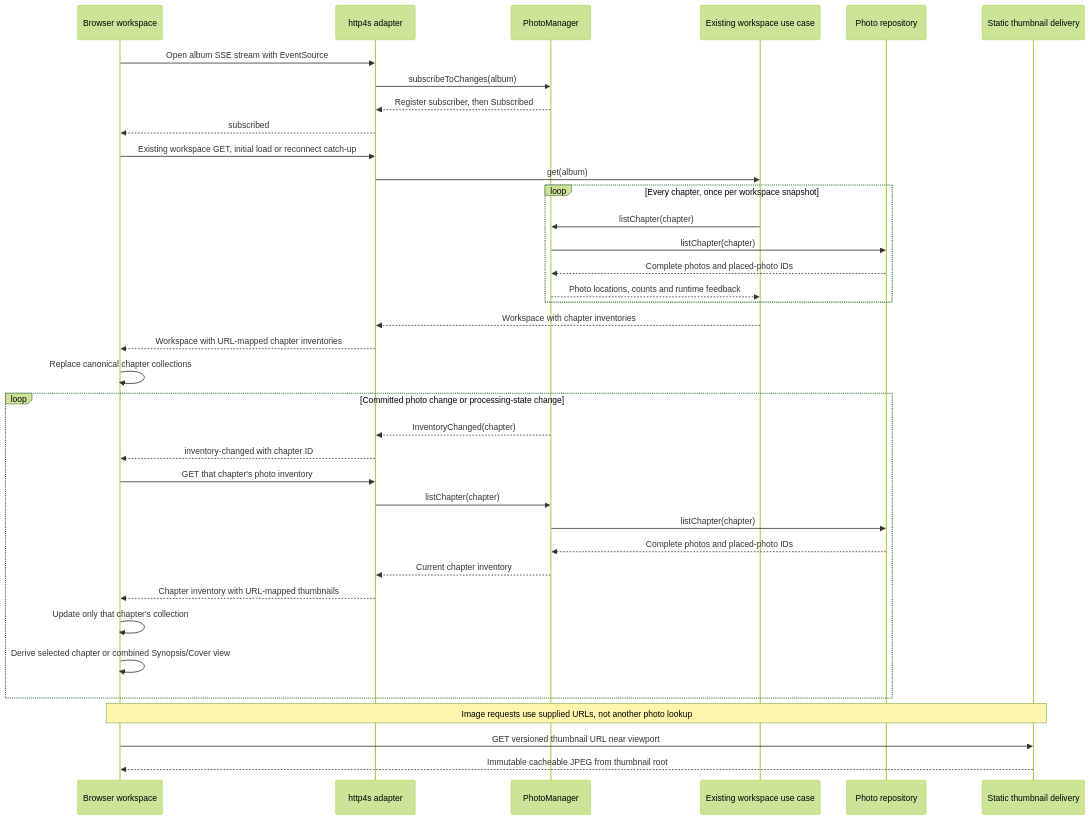
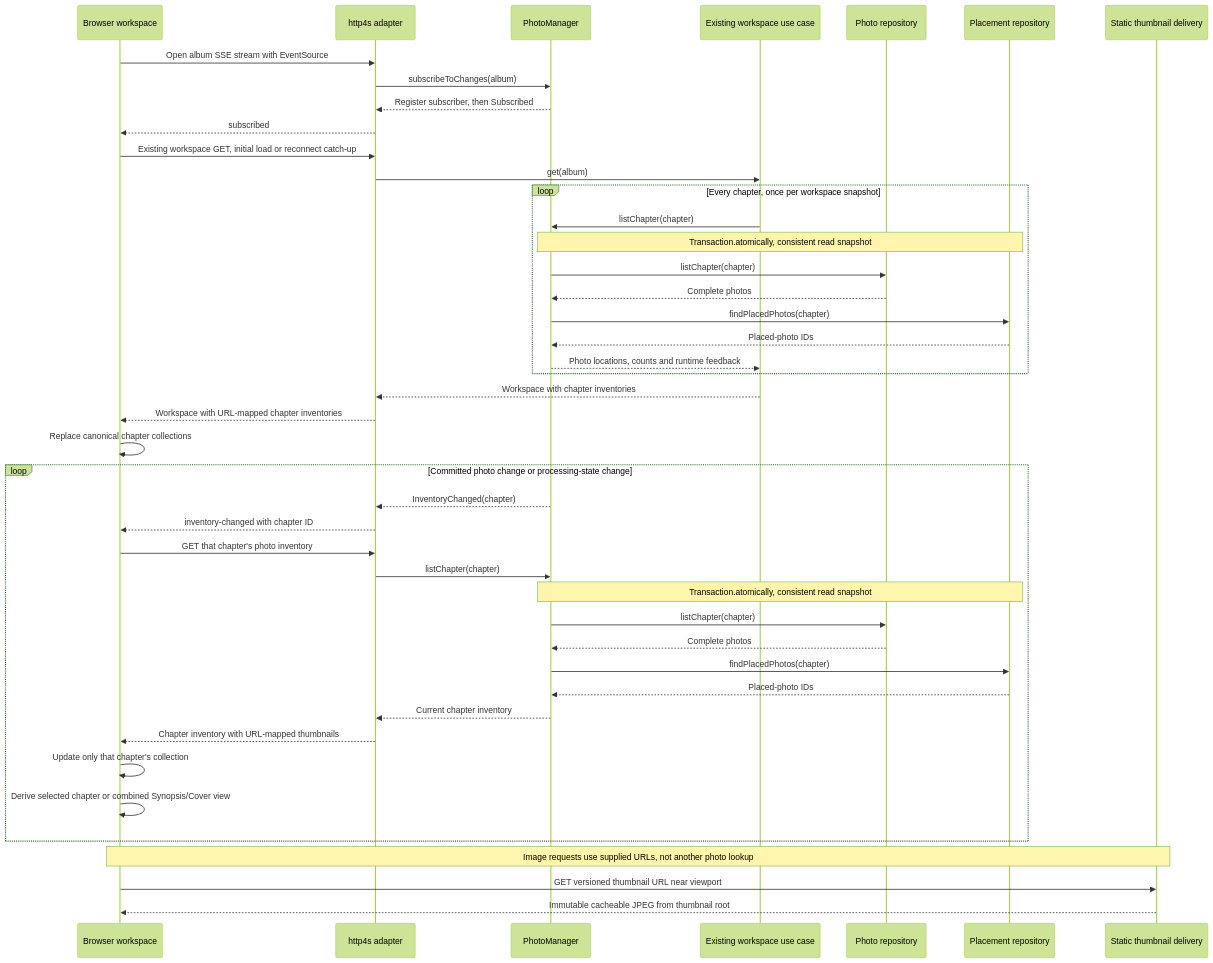
The second of 2 diagrams in specs/changes/chapter-photo-import/proposal.md (Shepherd-s-Den/photography), drawn with Mermaid (forest theme) before and after one commit. The commit also changed other lines of this file, not shown here.

First line of the commit message:
Correct photo ports and per-photo cleanup ownership

````diff
--- a/specs/changes/chapter-photo-import/proposal.md
+++ b/specs/changes/chapter-photo-import/proposal.md
@@ -147,39 +185,46 @@
 ```mermaid
 sequenceDiagram
   participant B as Browser workspace
   participant H as http4s adapter
   participant M as PhotoManager
   participant W as Existing workspace use case
   participant R as Photo repository
+  participant P as Placement repository
   participant T as Static thumbnail delivery
   B->>H: Open album SSE stream with EventSource
   H->>M: subscribeToChanges(album)
   M-->>H: Register subscriber, then Subscribed
   H-->>B: subscribed
   B->>H: Existing workspace GET, initial load or reconnect catch-up
   H->>W: get(album)
   loop Every chapter, once per workspace snapshot
     W->>M: listChapter(chapter)
+    Note over M,P: Transaction.atomically, consistent read snapshot
     M->>R: listChapter(chapter)
-    R-->>M: Complete photos and placed-photo IDs
+    R-->>M: Complete photos
+    M->>P: findPlacedPhotos(chapter)
+    P-->>M: Placed-photo IDs
     M-->>W: Photo locations, counts and runtime feedback
   end
   W-->>H: Workspace with chapter inventories
   H-->>B: Workspace with URL-mapped chapter inventories
   B->>B: Replace canonical chapter collections
   loop Committed photo change or processing-state change
     M-->>H: InventoryChanged(chapter)
     H-->>B: inventory-changed with chapter ID
     B->>H: GET that chapter's photo inventory
     H->>M: listChapter(chapter)
+    Note over M,P: Transaction.atomically, consistent read snapshot
     M->>R: listChapter(chapter)
-    R-->>M: Complete photos and placed-photo IDs
+    R-->>M: Complete photos
+    M->>P: findPlacedPhotos(chapter)
+    P-->>M: Placed-photo IDs
     M-->>H: Current chapter inventory
     H-->>B: Chapter inventory with URL-mapped thumbnails
     B->>B: Update only that chapter's collection
     B->>B: Derive selected chapter or combined Synopsis/Cover view
   end
   Note over B,T: Image requests use supplied URLs, not another photo lookup
   B->>T: GET versioned thumbnail URL near viewport
   T-->>B: Immutable cacheable JPEG from thumbnail root
 ```
````
